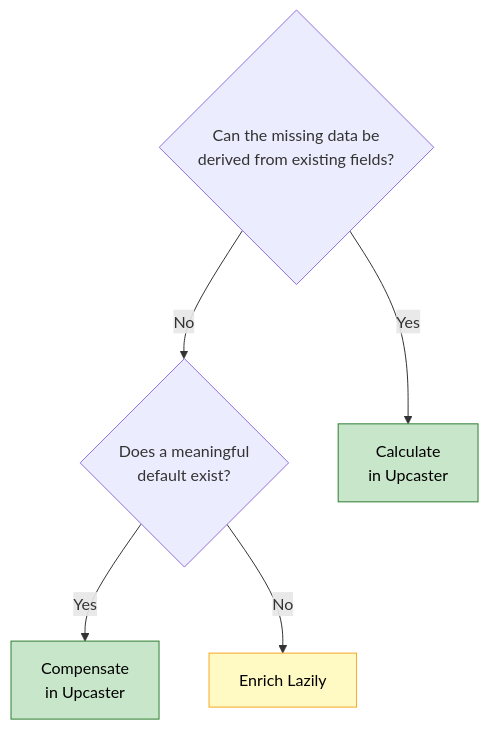
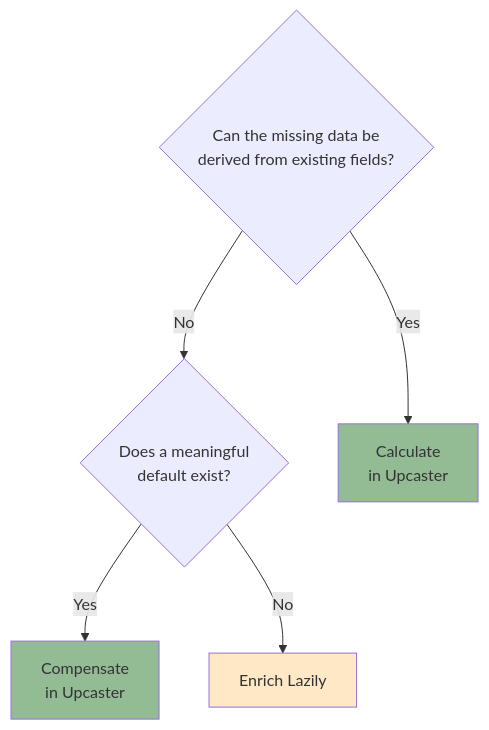
Before and after one commit to open-cqrs/opencqrs: the second of 2 diagrams in mkdocs/docs/blog/posts/2026/2026-05-11-evolving-event-sourced-systems/index.md, drawn with Mermaid. The commit also changed other lines of this file and 5 other files, not shown here.

````diff
--- a/mkdocs/docs/blog/posts/2026/2026-05-11-evolving-event-sourced-systems/index.md
+++ b/mkdocs/docs/blog/posts/2026/2026-05-11-evolving-event-sourced-systems/index.md
@@ -255,14 +255,14 @@
 ```mermaid
 flowchart TD
     Q1{Can the missing data be\nderived from existing fields?}
     Q2{Does a meaningful\ndefault exist?}
 
     Q1 -->|Yes| S1[Calculate\nin Upcaster]
     Q1 -->|No| Q2
     Q2 -->|Yes| S2[Compensate\nin Upcaster]
     Q2 -->|No| S3[Enrich Lazily]
 
-    style S1 fill:#c8e6c9,stroke:#2e7d32,color:#000
-    style S2 fill:#c8e6c9,stroke:#2e7d32,color:#000
-    style S3 fill:#fff9c4,stroke:#f9a825,color:#000
+    style S1 fill:#2e7d3283
+    style S2 fill:#2e7d3283
+    style S3 fill:#f9a82543
 ```
````
